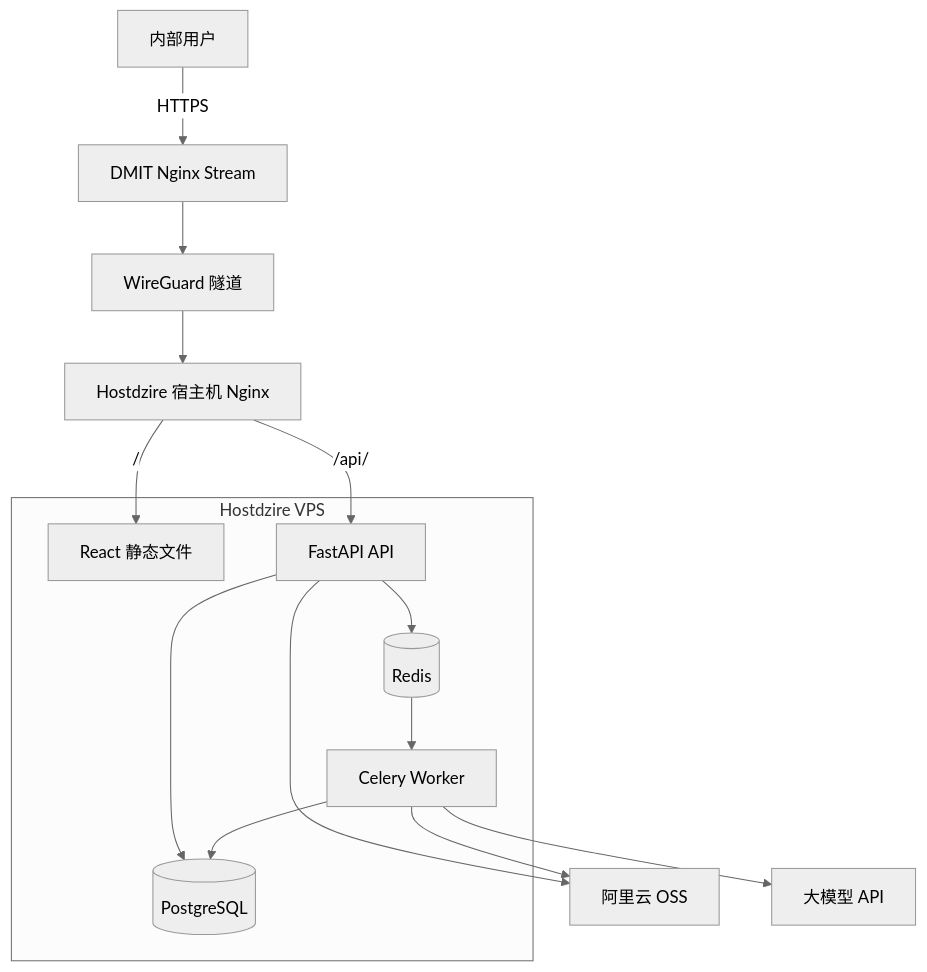
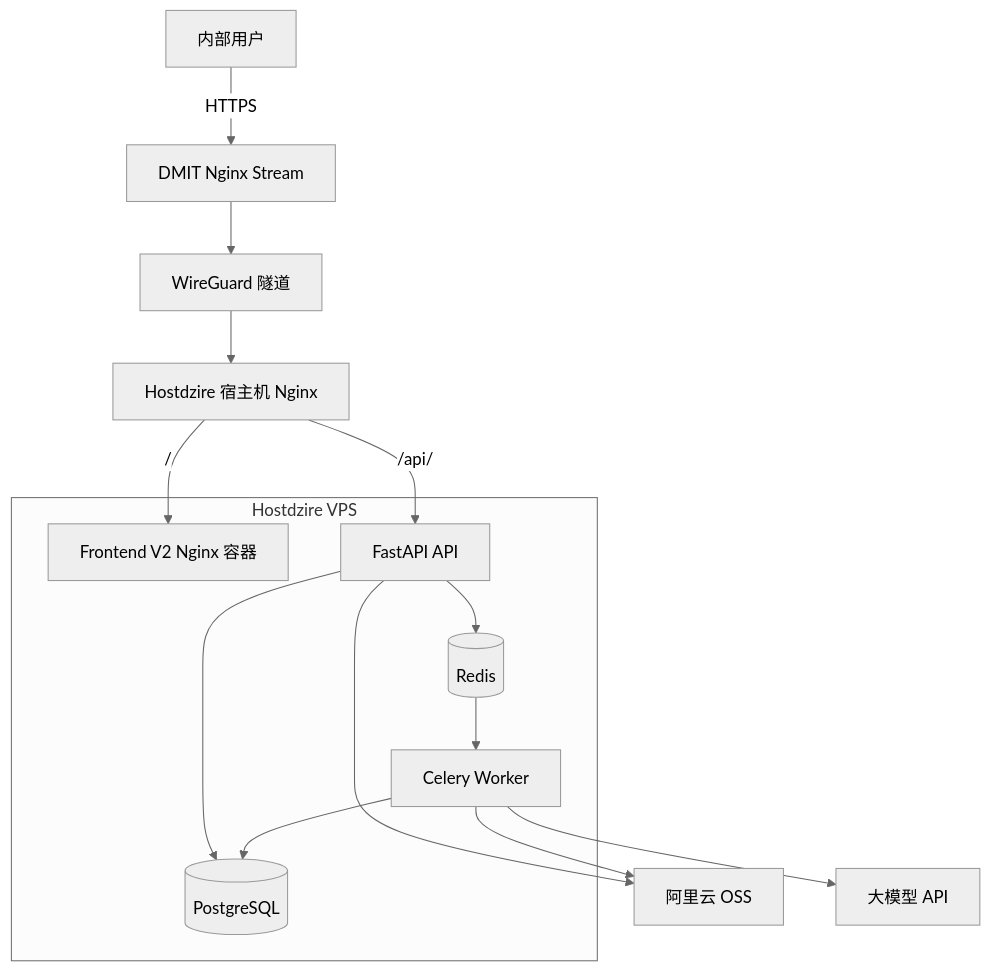
The first of 2 diagrams in docs/GEO系统前后端技术与部署方案.md (ccisnoxx/partsignal), drawn with Mermaid (neutral theme) before and after one commit. The commit also changed other lines of this file and 30 other files, not shown here.

````diff
--- a/docs/GEO系统前后端技术与部署方案.md
+++ b/docs/GEO系统前后端技术与部署方案.md
@@ -75,31 +75,31 @@
 ```mermaid
 flowchart TB
     USER[内部用户]
     EDGE[DMIT Nginx Stream]
     WG[WireGuard 隧道]
     HOST_NGINX[Hostdzire 宿主机 Nginx]
 
     subgraph HOST[Hostdzire VPS]
-        STATIC[React 静态文件]
+        FRONTEND[Frontend V2 Nginx 容器]
         API[FastAPI API]
         WORKER[Celery Worker]
         PG[(PostgreSQL)]
         REDIS[(Redis)]
     end
 
     OSS[阿里云 OSS]
     LLM[大模型 API]
 
     USER -->|HTTPS| EDGE
     EDGE --> WG
     WG --> HOST_NGINX
-    HOST_NGINX -->|/| STATIC
+    HOST_NGINX -->|/| FRONTEND
     HOST_NGINX -->|/api/| API
     API --> PG
     API --> REDIS
     REDIS --> WORKER
     WORKER --> PG
     API --> OSS
     WORKER --> OSS
     WORKER --> LLM
 ```
````
